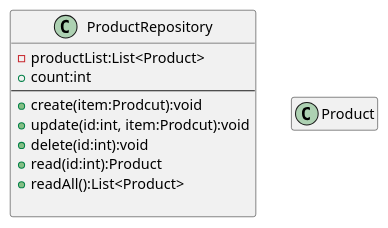
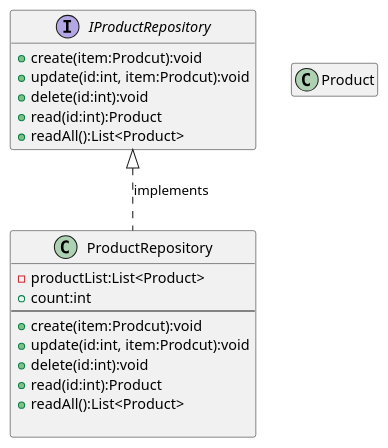
The diagram in Store/Repositories/DataModel.wsd (zcomert/sgk-mvc-egitim), drawn with PlantUML before and after one commit. The commit also changed 11 other files, not shown here.

```diff
--- a/Store/Repositories/DataModel.wsd
+++ b/Store/Repositories/DataModel.wsd
@@ -1,18 +1,30 @@
 @startuml
+
+interface IProductRepository
+{
+    +create(item:Prodcut):void
+    +update(id:int, item:Prodcut):void
+    +delete(id:int):void
+    +read(id:int):Product
+    +readAll():List<Product>
+}
+
 class ProductRepository{
     -productList:List<Product>
     +count:int
     --
     +create(item:Prodcut):void
     +update(id:int, item:Prodcut):void
     +delete(id:int):void
     +read(id:int):Product
     +readAll():List<Product>
 
 }
 
 class Product{
 
 }
+
+ProductRepository .up.|> IProductRepository : "implements"
 hide empty members
 @enduml
```
